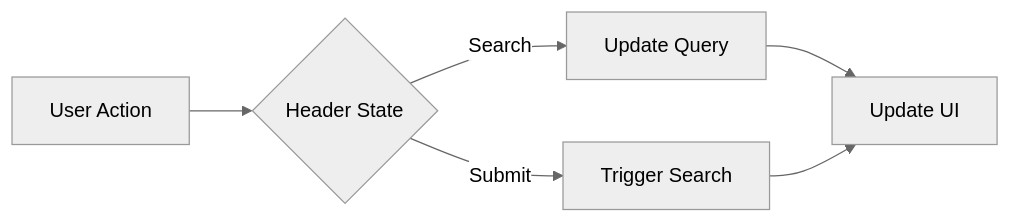
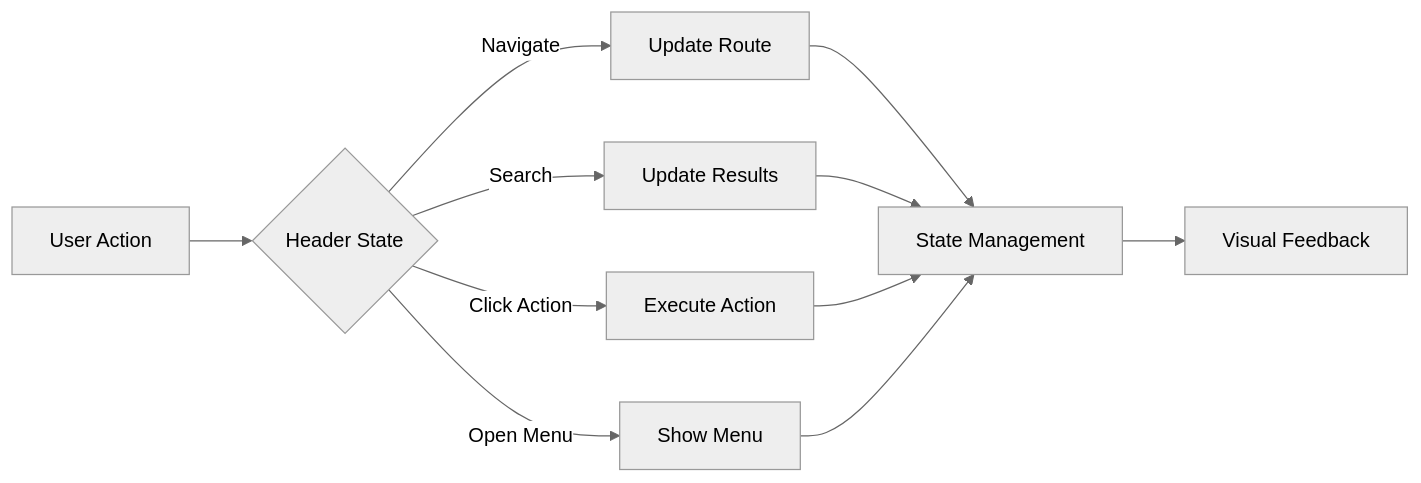
The third of 3 diagrams in DOCS/components/layout/Header.md (gedeza/thrive-send), drawn with Mermaid (neutral theme) before and after one commit. The commit also changed other lines of this file and 25 other files, not shown here.

````diff
--- a/DOCS/components/layout/Header.md
+++ b/DOCS/components/layout/Header.md
@@ -76,8 +140,15 @@
 ```mermaid
 graph LR
     A[User Action] --> B{Header State}
-    B -->|Search| C[Update Query]
-    B -->|Submit| D[Trigger Search]
-    C --> E[Update UI]
-    D --> E
+    B -->|Navigate| C[Update Route]
+    B -->|Search| D[Update Results]
+    B -->|Click Action| E[Execute Action]
+    B -->|Open Menu| F[Show Menu]
+    
+    C --> G[State Management]
+    D --> G
+    E --> G
+    F --> G
+    
+    G --> H[Visual Feedback]
 ```
````
